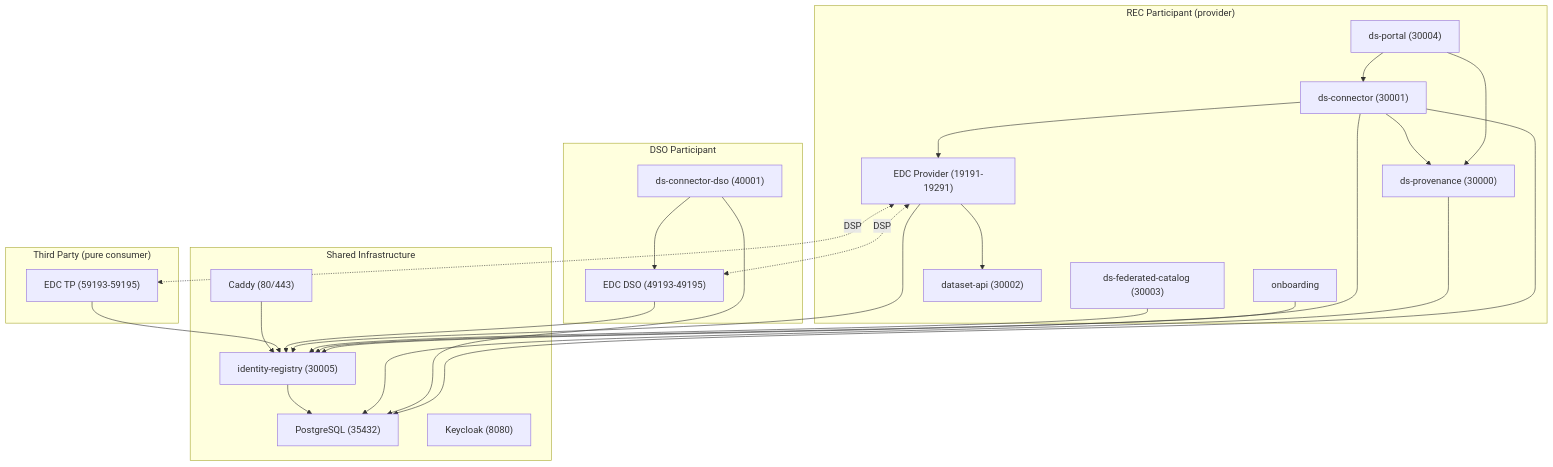
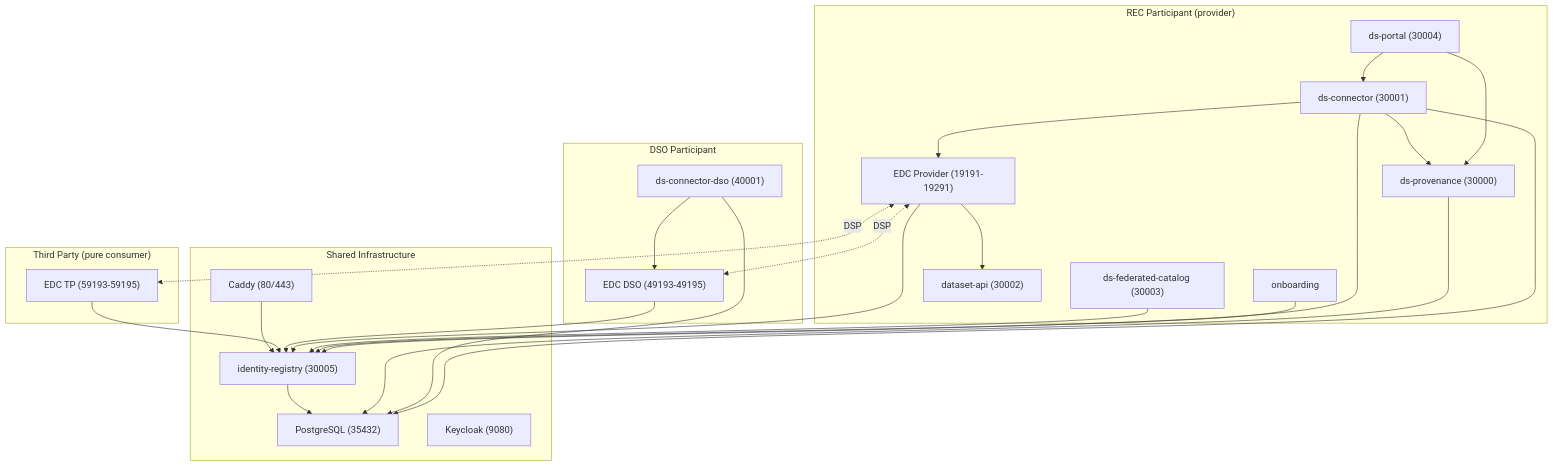
One commit to spindoxlabs/ds changed the first of 2 diagrams in docs/architecture.md. Above: the diagram before and after it, drawn with Mermaid. The commit also changed other lines of this file and 31 other files, not shown here.

````diff
--- a/docs/architecture.md
+++ b/docs/architecture.md
@@ -11,53 +11,53 @@
 ```mermaid
 flowchart TB
     subgraph shared["Shared Infrastructure"]
         caddy["Caddy (80/443)"]
         pg["PostgreSQL (35432)"]
-        kc["Keycloak (8080)"]
+        kc["Keycloak (9080)"]
         idreg["identity-registry (30005)"]
     end
 
     subgraph rec["REC Participant (provider)"]
         portal["ds-portal (30004)"]
         connector["ds-connector (30001)"]
         provenance["ds-provenance (30000)"]
         fc["ds-federated-catalog (30003)"]
         dataset["dataset-api (30002)"]
         onboarding["onboarding"]
         edc_prov["EDC Provider (19191-19291)"]
     end
 
     subgraph dso["DSO Participant"]
         connector_dso["ds-connector-dso (40001)"]
         edc_dso["EDC DSO (49193-49195)"]
     end
 
     subgraph tp["Third Party (pure consumer)"]
         edc_tp["EDC TP (59193-59195)"]
     end
 
     portal --> connector
     portal --> provenance
     connector --> edc_prov
     connector --> provenance
     connector --> idreg
     onboarding --> idreg
     fc --> idreg
     edc_prov --> idreg
     edc_prov --> dataset
 
     connector_dso --> edc_dso
     edc_dso --> idreg
 
     edc_tp --> idreg
 
     edc_prov <-. "DSP" .-> edc_dso
     edc_prov <-. "DSP" .-> edc_tp
 
     caddy --> idreg
 
     connector --> pg
     connector_dso --> pg
     provenance --> pg
     idreg --> pg
 ```
````
